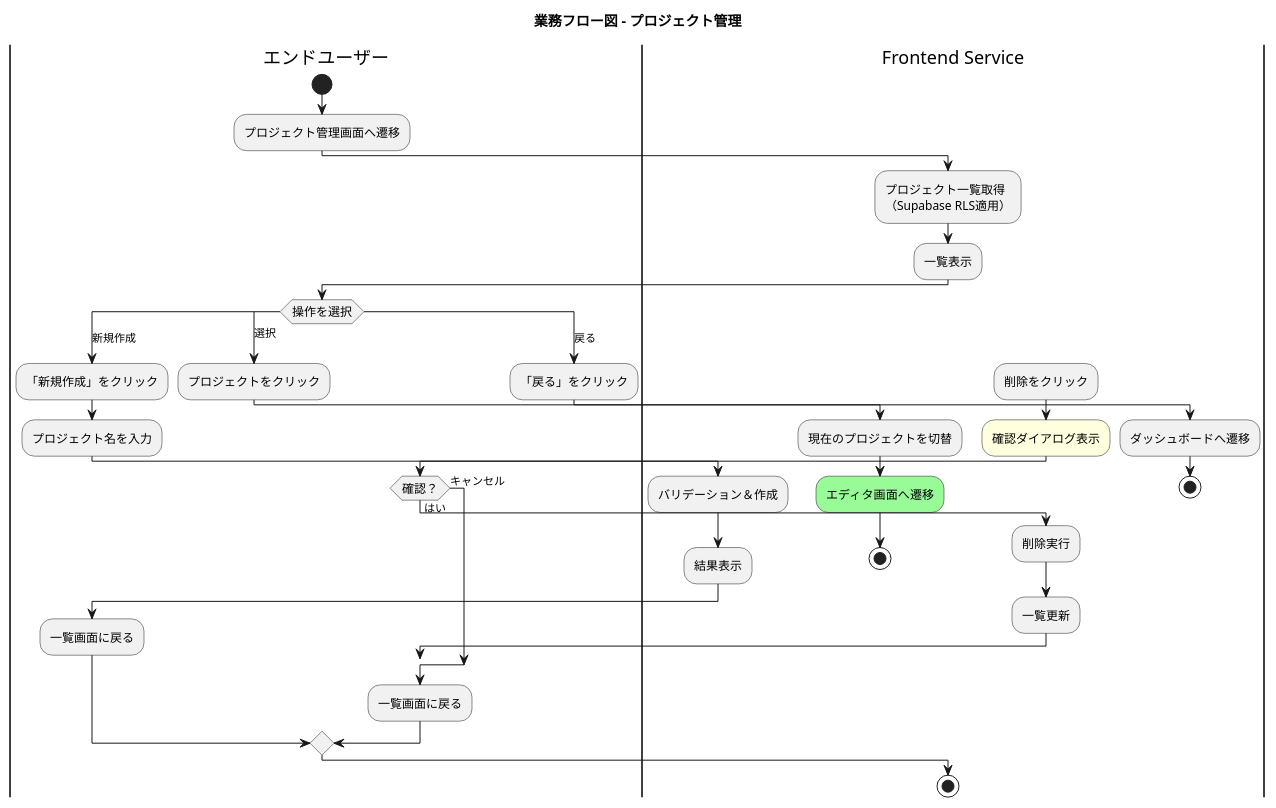
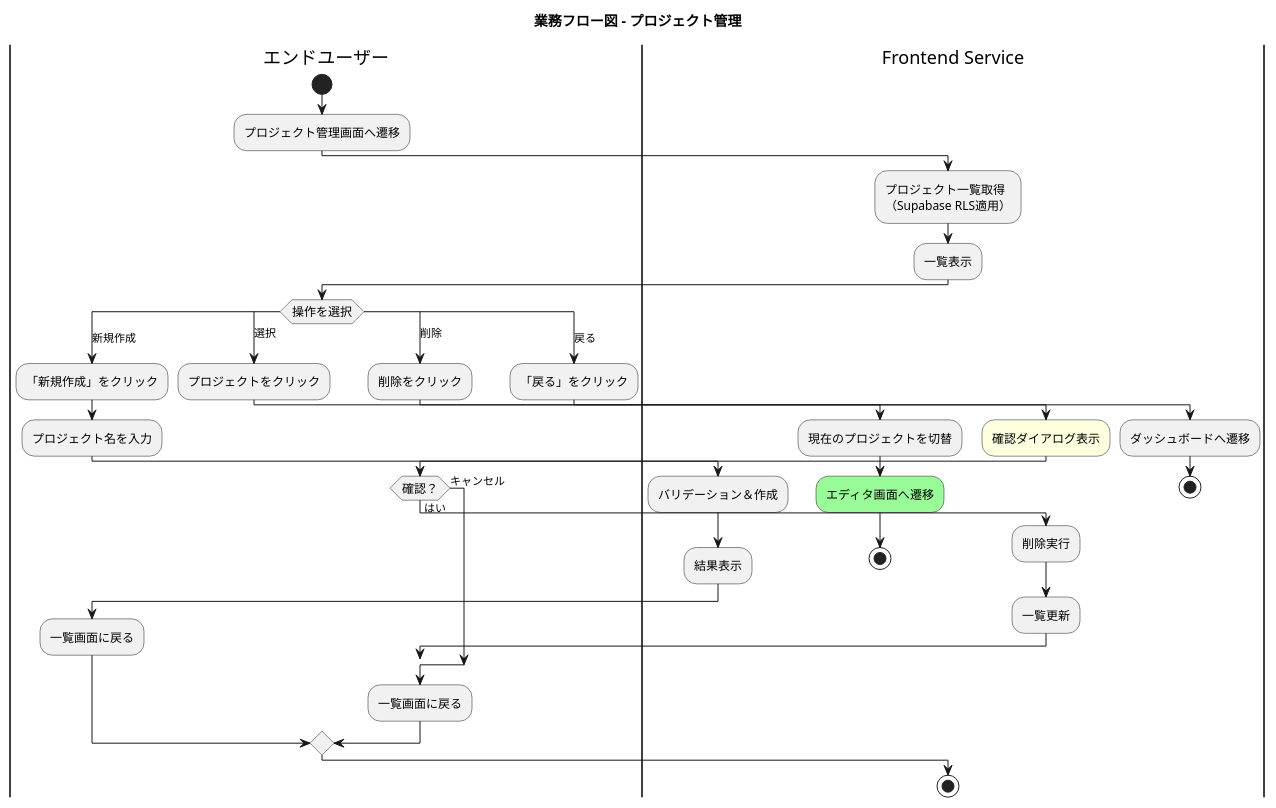
Before and after one commit to yoshiwo3/PlantUML2_Opus4.5: the fifth of 5 diagrams in docs/proposals/PlantUML_Studio_業務フロー図_20251201.md, drawn with PlantUML.

Commit message:
fix(3.5): 削除caseにスイムレーン宣言追加
case (削除) の先頭に |エンドユーザー| を明示的に追加
孤立ノードを解消

🤖 Generated with [Claude Code](https://claude.com/claude-code)

````diff
--- a/docs/proposals/PlantUML_Studio_業務フロー図_20251201.md
+++ b/docs/proposals/PlantUML_Studio_業務フロー図_20251201.md
@@ -590,60 +590,61 @@
 ```plantuml
 @startuml business_flow_project_management
 skinparam ConditionEndStyle hline
 skinparam ActivityFontSize 12
 
 title 業務フロー図 - プロジェクト管理
 
 |エンドユーザー|
 start
 :プロジェクト管理画面へ遷移;
 
 |Frontend Service|
 :プロジェクト一覧取得\n（Supabase RLS適用）;
 :一覧表示;
 
 |エンドユーザー|
 switch (操作を選択)
 
 case (新規作成)
   :「新規作成」をクリック;
   :プロジェクト名を入力;
   |Frontend Service|
   :バリデーション＆作成;
   :結果表示;
   |エンドユーザー|
   :一覧画面に戻る;
 
 case (選択)
   :プロジェクトをクリック;
   |Frontend Service|
   :現在のプロジェクトを切替;
   #palegreen:エディタ画面へ遷移;
   stop
 
 case (削除)
+  |エンドユーザー|
   :削除をクリック;
   |Frontend Service|
   #lightyellow:確認ダイアログ表示;
   |エンドユーザー|
   if (確認？) then (はい)
     |Frontend Service|
     :削除実行;
     :一覧更新;
   else (キャンセル)
   endif
   |エンドユーザー|
   :一覧画面に戻る;
 
 case (戻る)
   :「戻る」をクリック;
   |Frontend Service|
   :ダッシュボードへ遷移;
   stop
 
 endswitch
 
 stop
 
 @enduml
 ```
````
